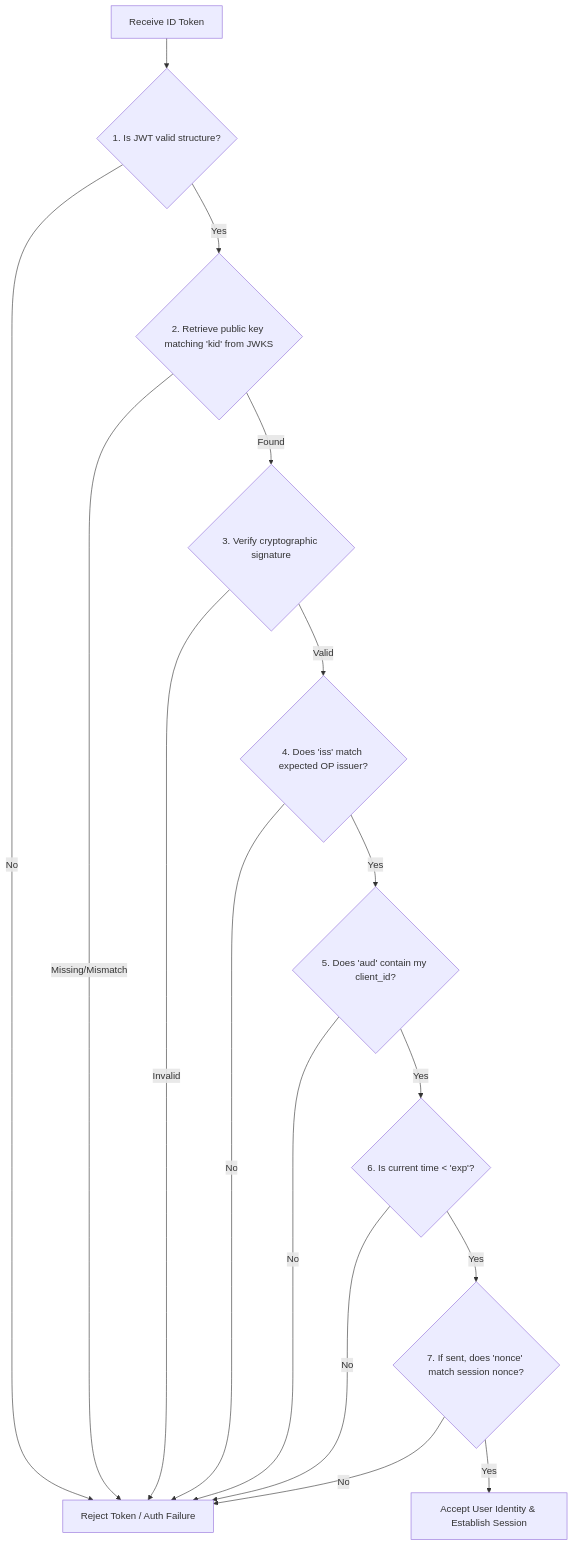
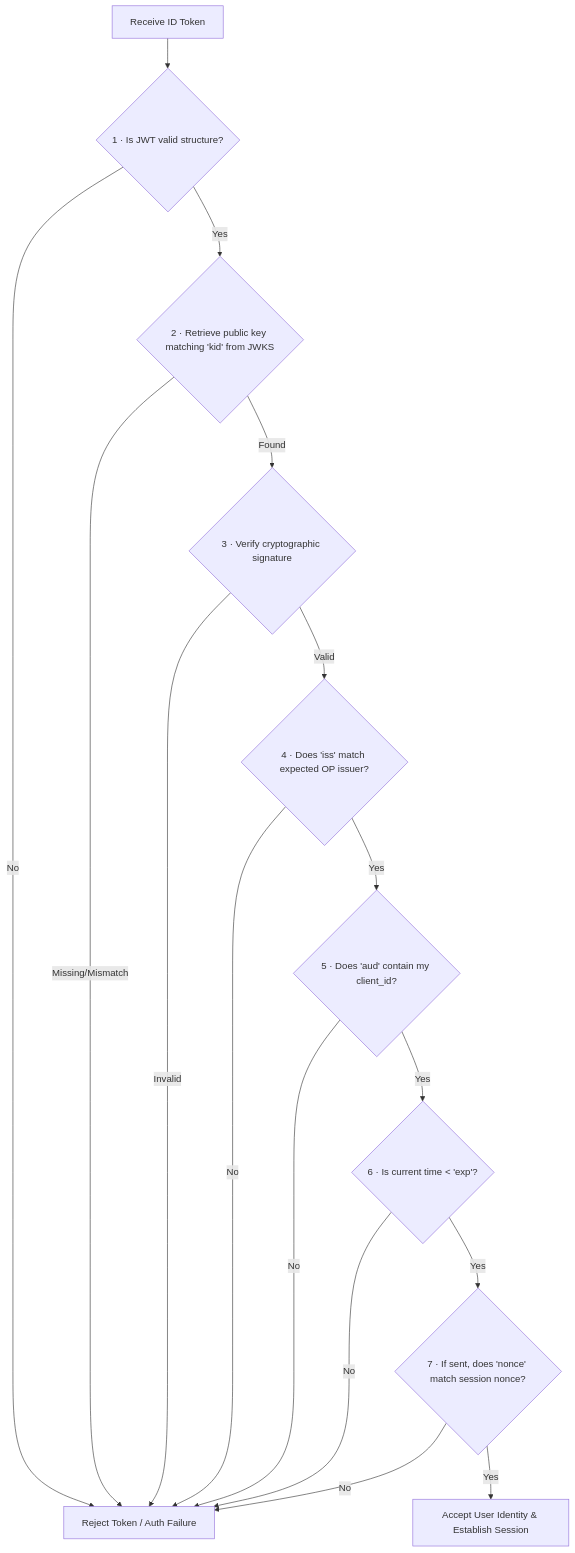
Before and after one commit to darshan-raul/cloudnative-wiki: the third of 3 diagrams in content/Architecture/solution-architecture-concepts/authentication/stage3/01-oidc-fundamentals.md, drawn with Mermaid. The commit also changed 94 other files, not shown here.

````diff
--- a/content/Architecture/solution-architecture-concepts/authentication/stage3/01-oidc-fundamentals.md
+++ b/content/Architecture/solution-architecture-concepts/authentication/stage3/01-oidc-fundamentals.md
@@ -218,18 +218,18 @@
 ```mermaid
 flowchart TD
-    Start[Receive ID Token] --> Step1{1. Is JWT valid structure?}
+    Start[Receive ID Token] --> Step1{1 · Is JWT valid structure?}
     Step1 -- No --> Reject[Reject Token / Auth Failure]
-    Step1 -- Yes --> Step2{2. Retrieve public key matching 'kid' from JWKS}
+    Step1 -- Yes --> Step2{2 · Retrieve public key matching 'kid' from JWKS}
     Step2 -- Missing/Mismatch --> Reject
-    Step2 -- Found --> Step3{3. Verify cryptographic signature}
+    Step2 -- Found --> Step3{3 · Verify cryptographic signature}
     Step3 -- Invalid --> Reject
-    Step3 -- Valid --> Step4{4. Does 'iss' match expected OP issuer?}
+    Step3 -- Valid --> Step4{4 · Does 'iss' match expected OP issuer?}
     Step4 -- No --> Reject
-    Step4 -- Yes --> Step5{5. Does 'aud' contain my client_id?}
+    Step4 -- Yes --> Step5{5 · Does 'aud' contain my client_id?}
     Step5 -- No --> Reject
-    Step5 -- Yes --> Step6{6. Is current time < 'exp'?}
+    Step5 -- Yes --> Step6{6 · Is current time < 'exp'?}
     Step6 -- No --> Reject
-    Step6 -- Yes --> Step7{7. If sent, does 'nonce' match session nonce?}
+    Step6 -- Yes --> Step7{7 · If sent, does 'nonce' match session nonce?}
     Step7 -- No --> Reject
     Step7 -- Yes --> Accept[Accept User Identity & Establish Session]
 ```
````
